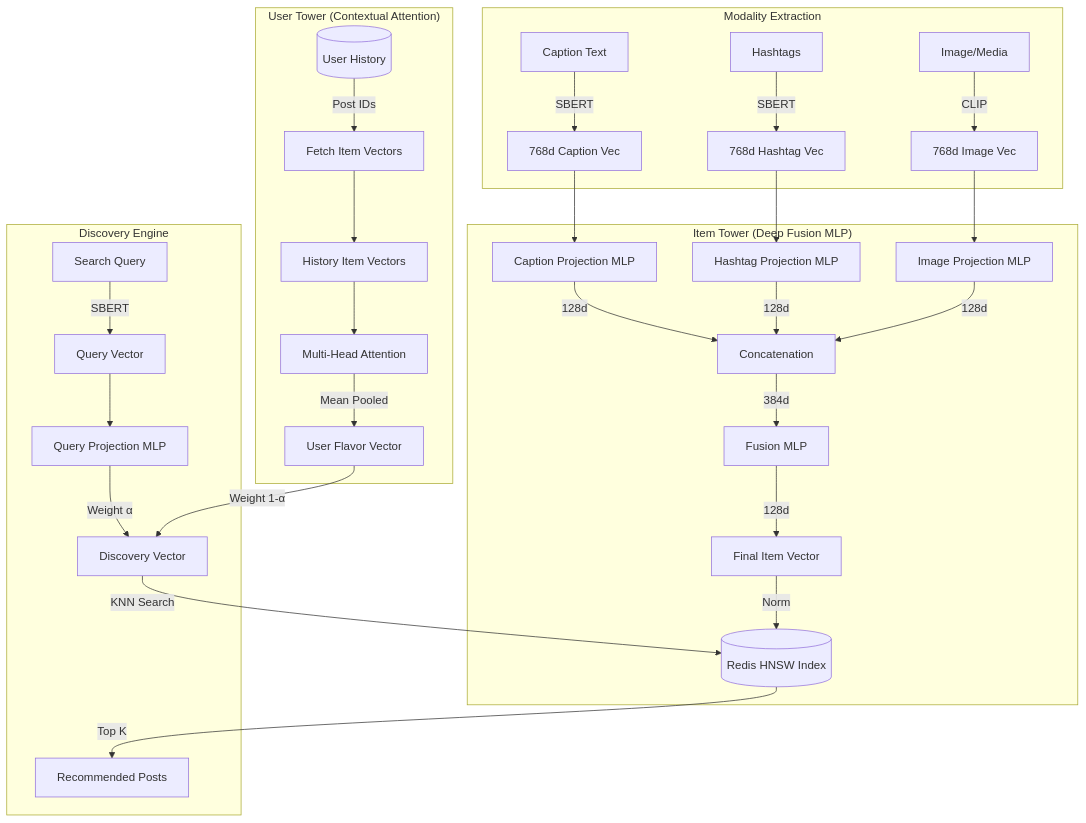
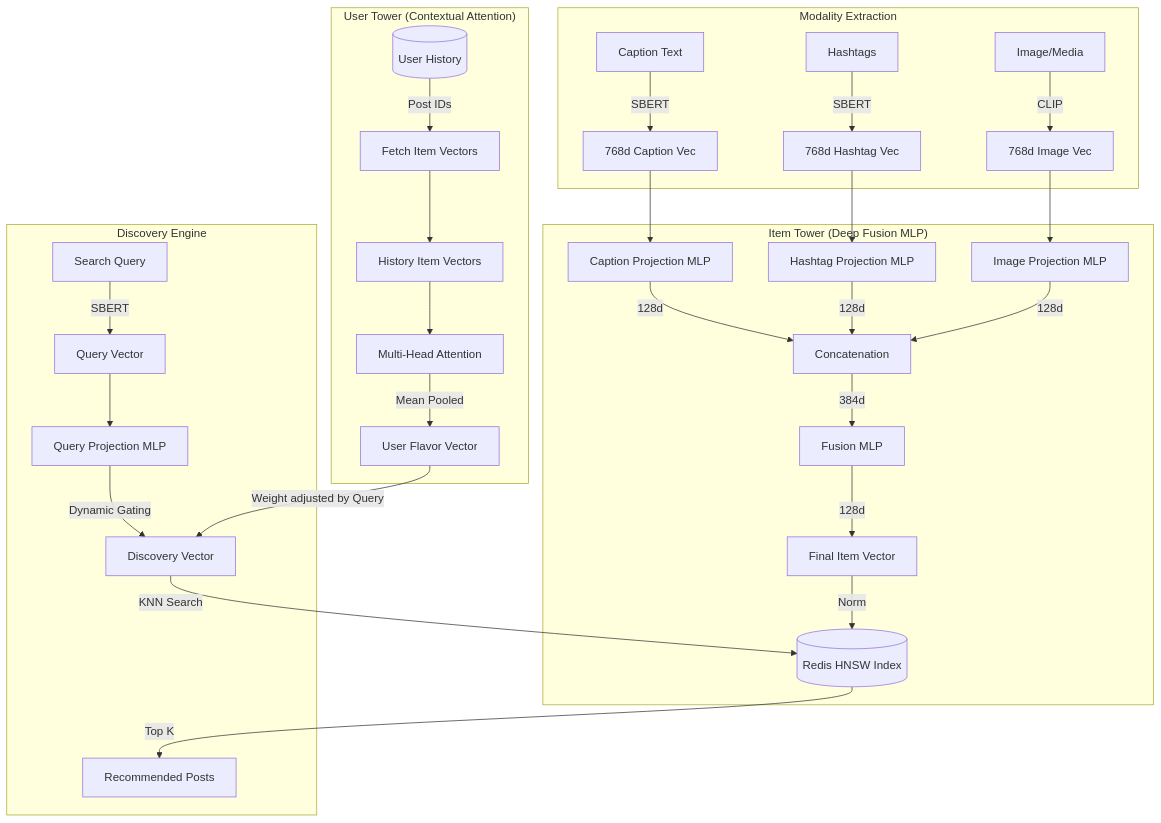
Before and after one commit to CREE1116/insterest: the diagram in RECOMMENDATION_SYSTEM.md, drawn with Mermaid. The commit also changed other lines of this file and 5 other files, not shown here.

````diff
--- a/RECOMMENDATION_SYSTEM.md
+++ b/RECOMMENDATION_SYSTEM.md
@@ -10,44 +10,44 @@
 ```mermaid
 graph TD
     %% 1. Input Modalities
     subgraph "Modality Extraction"
         C[Caption Text] --> |SBERT| CV[768d Caption Vec]
         H[Hashtags] --> |SBERT| HV[768d Hashtag Vec]
         I[Image/Media] --> |CLIP| IV[768d Image Vec]
     end
 
     %% 2. Item Tower (Deep Fusion)
     subgraph "Item Tower (Deep Fusion MLP)"
         CV --> CP[Caption Projection MLP]
         HV --> HP[Hashtag Projection MLP]
         IV --> IP[Image Projection MLP]
         
         CP --> |128d| CAT[Concatenation]
         HP --> |128d| CAT
         IP --> |128d| CAT
         
         CAT --> |384d| FMLP[Fusion MLP]
         FMLP --> |128d| IVec[Final Item Vector]
         IVec --> |Norm| RS[(Redis HNSW Index)]
     end
 
     %% 3. User Tower (History Aggregation)
     subgraph "User Tower (Contextual Attention)"
         Hist[(User History)] --> |Post IDs| Fetch[Fetch Item Vectors]
         Fetch --> IVec_H[History Item Vectors]
         IVec_H --> ATT[Multi-Head Attention]
         ATT --> |Mean Pooled| UVec[User Flavor Vector]
     end
 
     %% 4. Discovery Engine
     subgraph "Discovery Engine"
         Query[Search Query] --> |SBERT| QVec[Query Vector]
         QVec --> QProj[Query Projection MLP]
         
-        QProj --> |Weight α| DVec[Discovery Vector]
-        UVec --> |Weight 1-α| DVec
+        QProj --> |Dynamic Gating| DVec[Discovery Vector]
+        UVec --> |Weight adjusted by Query| DVec
         
         DVec --> |KNN Search| RS
         RS --> |Top K| Result[Recommended Posts]
     end
 ```
````
